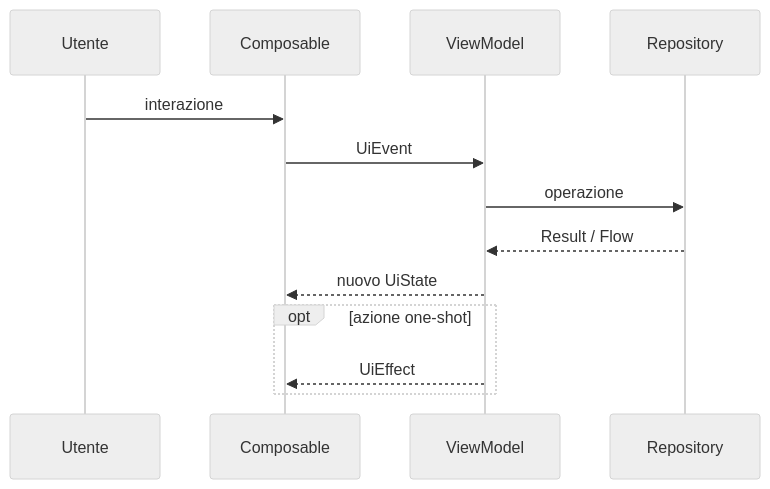
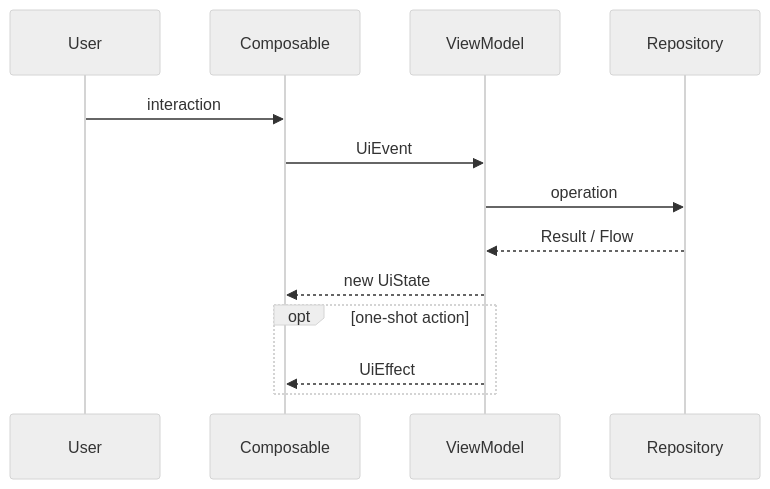
Before and after one commit to MatteoSomensi/pokedex: the third of 4 diagrams in README.md, drawn with Mermaid (neutral theme). The commit also changed other lines of this file and 69 other files, not shown here.

````diff
--- a/README.md
+++ b/README.md
@@ -212,16 +211,16 @@
 ```mermaid
 sequenceDiagram
-    participant User as Utente
+    participant User
     participant UI as Composable
     participant VM as ViewModel
     participant Repo as Repository
 
-    User->>UI: interazione
+    User->>UI: interaction
     UI->>VM: UiEvent
-    VM->>Repo: operazione
+    VM->>Repo: operation
     Repo-->>VM: Result / Flow
-    VM-->>UI: nuovo UiState
-    opt azione one-shot
+    VM-->>UI: new UiState
+    opt one-shot action
         VM-->>UI: UiEffect
     end
 ```
````
